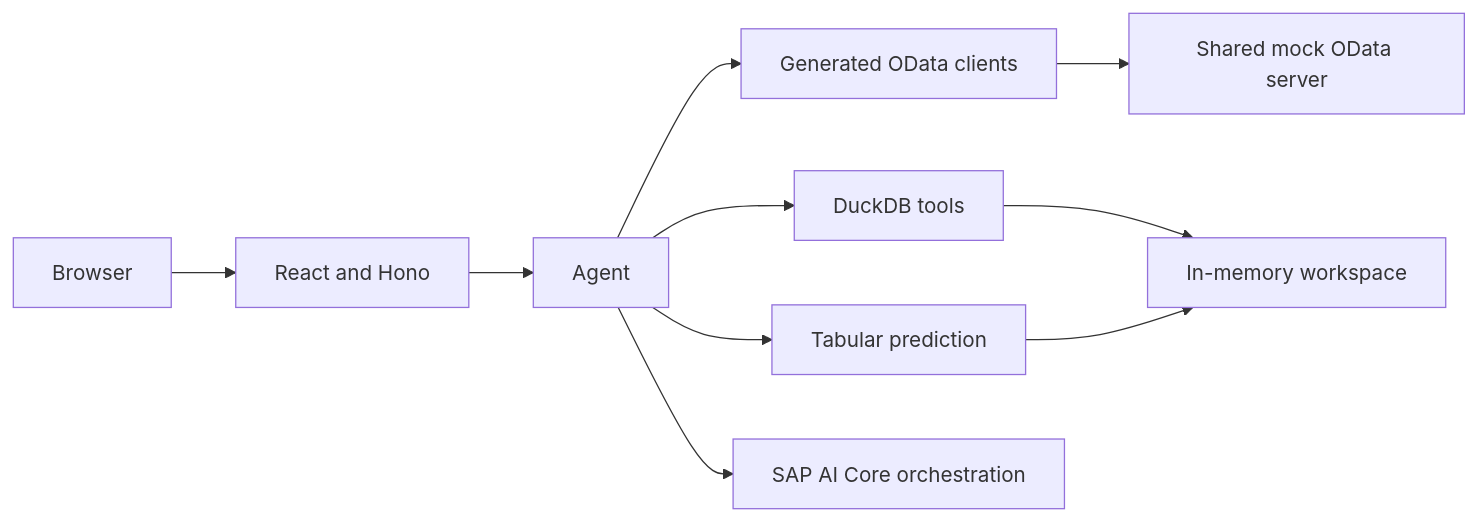
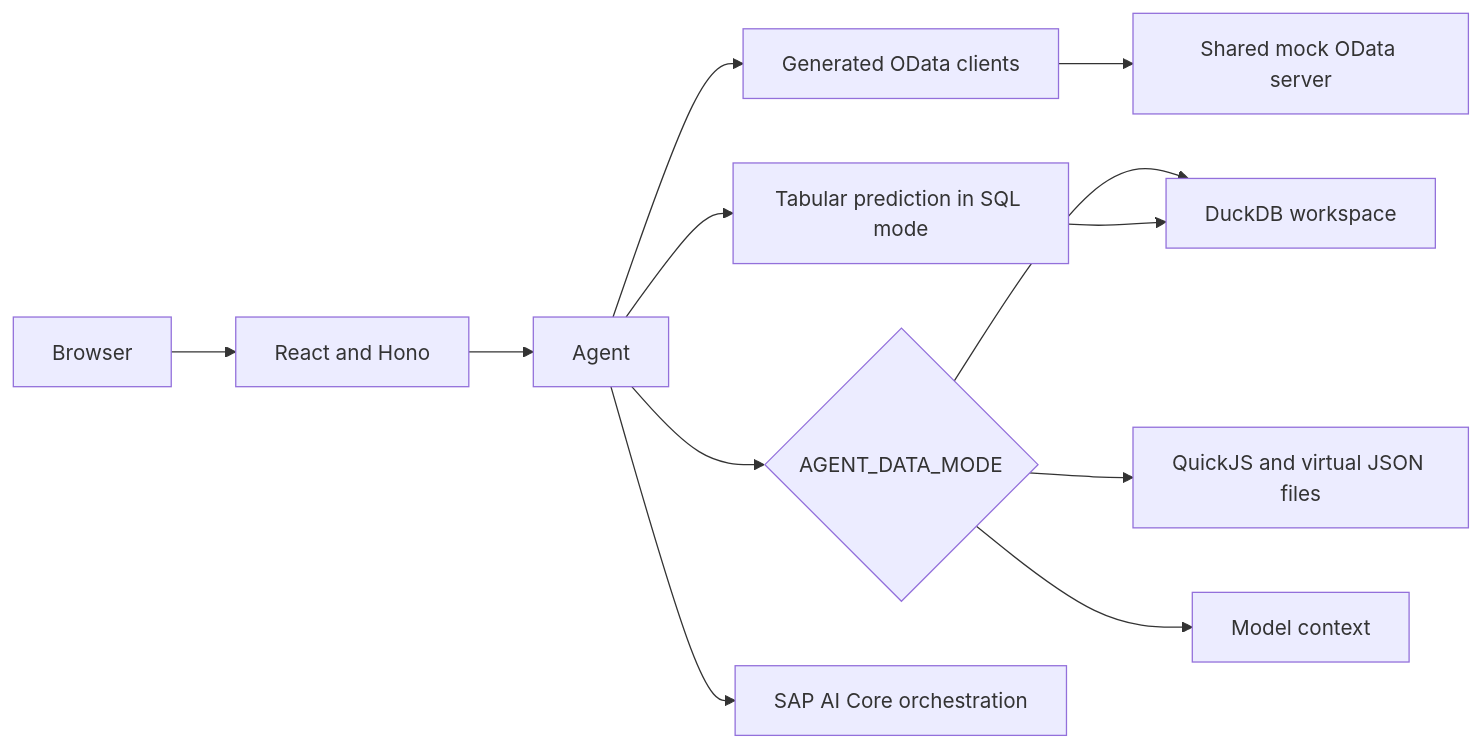
The diagram in js-app/README.md (AlbertvanEngen/teched2026-RA160_2), drawn with Mermaid before and after one commit. The commit also changed other lines of this file and 12 other files, not shown here.

````diff
--- a/js-app/README.md
+++ b/js-app/README.md
@@ -51,12 +51,14 @@
 ```mermaid
 flowchart LR
     Browser --> Web[React and Hono]
     Web --> Agent
     Agent --> OData[Generated OData clients]
-    Agent --> SQL[DuckDB tools]
-    Agent --> Prediction[Tabular prediction]
+    Agent --> Mode{AGENT_DATA_MODE}
+    Mode --> SQL[DuckDB workspace]
+    Mode --> QuickJS[QuickJS and virtual JSON files]
+    Mode --> Context[Model context]
+    Agent --> Prediction[Tabular prediction in SQL mode]
     OData --> Mock[Shared mock OData server]
-    SQL --> Workspace[In-memory workspace]
-    Prediction --> Workspace
+    Prediction --> SQL
     Agent --> AI[SAP AI Core orchestration]
 ```
````
